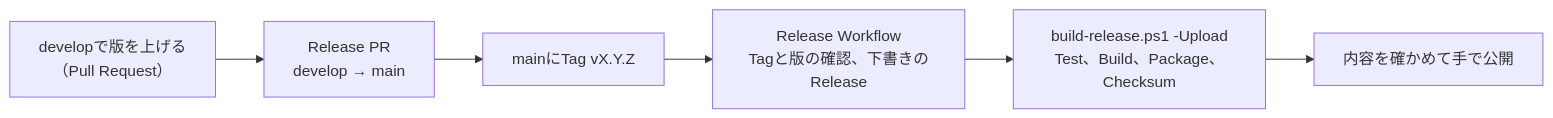
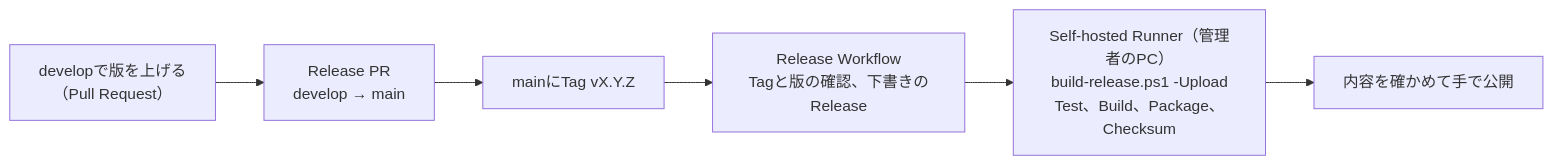
One commit to Yupopyoi/virtual-vessel-studio changed the second of 2 diagrams in docs/ja/development/development-workflow.md. Above: the diagram before and after it, drawn with Mermaid. The commit also changed other lines of this file and 1 other file, not shown here.

Commit message:
docs: describe the release runner, its setup, and its security

````diff
--- a/docs/ja/development/development-workflow.md
+++ b/docs/ja/development/development-workflow.md
@@ -1051,11 +1051,11 @@
 ```mermaid
 flowchart LR
     Bump["developで版を上げる<br/>（Pull Request）"]
     PR["Release PR<br/>develop → main"]
     Tag["mainにTag vX.Y.Z"]
     WF["Release Workflow<br/>Tagと版の確認、下書きのRelease"]
-    Local["build-release.ps1 -Upload<br/>Test、Build、Package、Checksum"]
+    Local["Self-hosted Runner（管理者のPC）<br/>build-release.ps1 -Upload<br/>Test、Build、Package、Checksum"]
     Publish["内容を確かめて手で公開"]
 
     Bump --> PR --> Tag --> WF --> Local --> Publish
 ```
````
